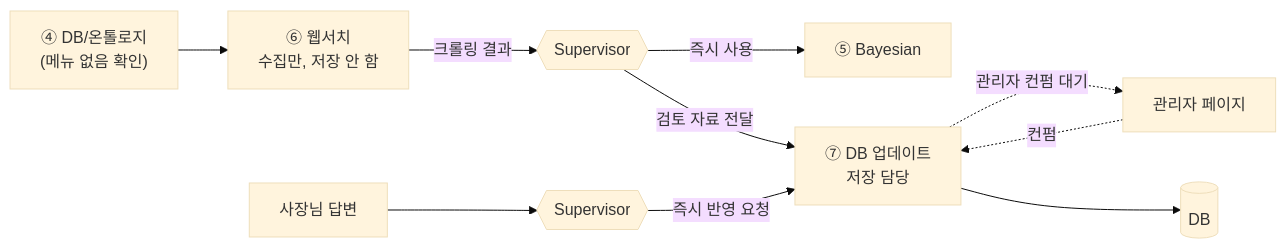
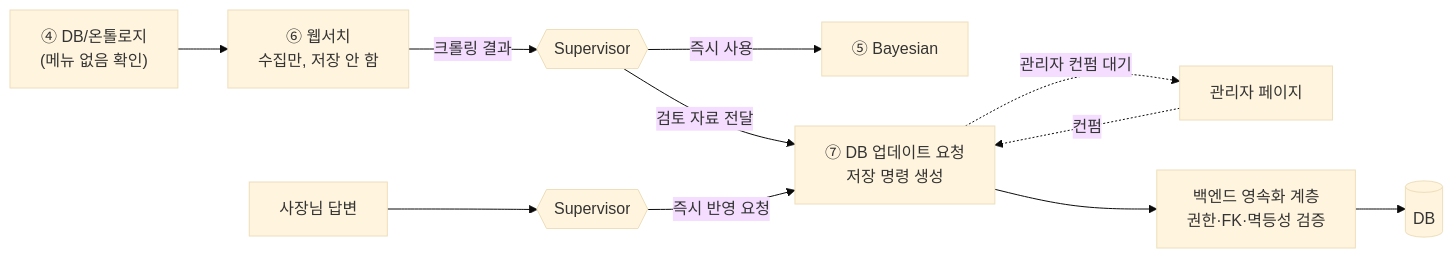
Before and after one commit to Han-Spoon/ai: the first of 5 diagrams in docs/agent-6-7-websearch-dbupdate.md, drawn with Mermaid (base theme). The commit also changed other lines of this file and 8 other files, not shown here.

````diff
--- a/docs/agent-6-7-websearch-dbupdate.md
+++ b/docs/agent-6-7-websearch-dbupdate.md
@@ -24,14 +24,15 @@
 ```mermaid
 graph LR
     ONTO["④ DB/온톨로지<br/>(메뉴 없음 확인)"] --> WEB["⑥ 웹서치<br/>수집만, 저장 안 함"]
     WEB -->|"크롤링 결과"| SUP1{{Supervisor}}
     SUP1 -->|"즉시 사용"| BAYES["⑤ Bayesian"]
-    SUP1 -->|"검토 자료 전달"| DBUP["⑦ DB 업데이트<br/>저장 담당"]
+    SUP1 -->|"검토 자료 전달"| DBUP["⑦ DB 업데이트 요청<br/>저장 명령 생성"]
 
     OWNER["사장님 답변"] --> SUP2{{Supervisor}}
     SUP2 -->|"즉시 반영 요청"| DBUP
 
     DBUP -.관리자 컨펌 대기.-> ADMIN[관리자 페이지]
     ADMIN -.컨펌.-> DBUP
-    DBUP --> DB[(DB)]
+    DBUP --> API["백엔드 영속화 계층<br/>권한·FK·멱등성 검증"]
+    API --> DB[(DB)]
 ```
````
